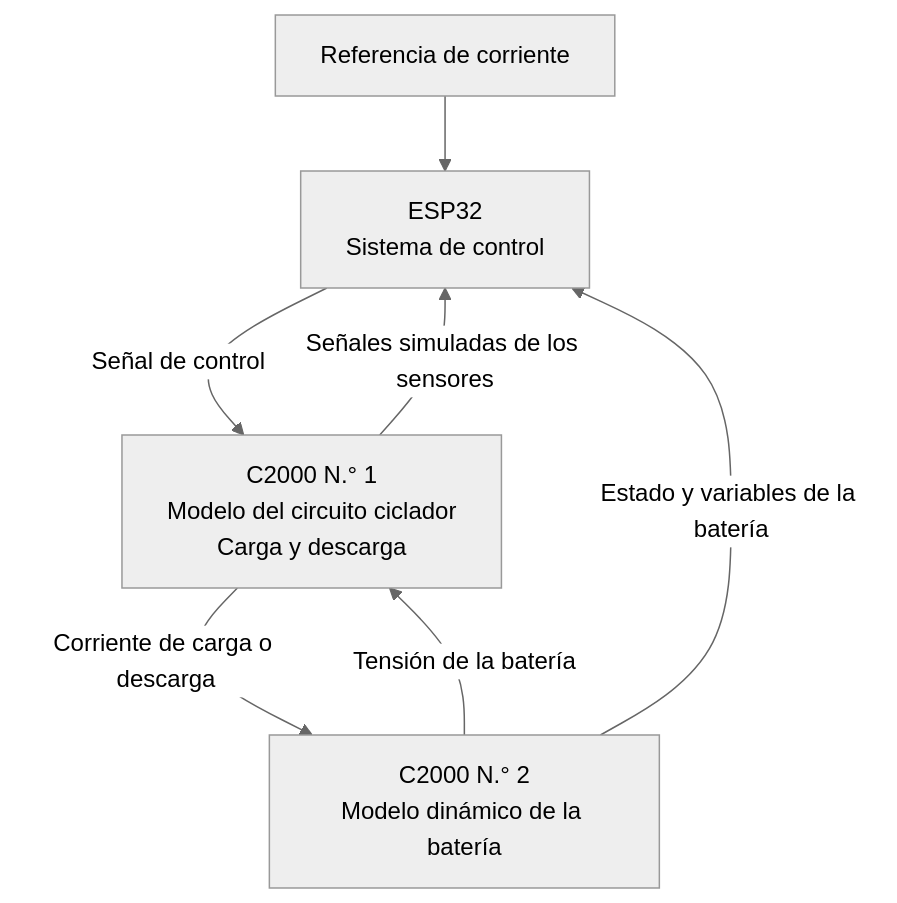
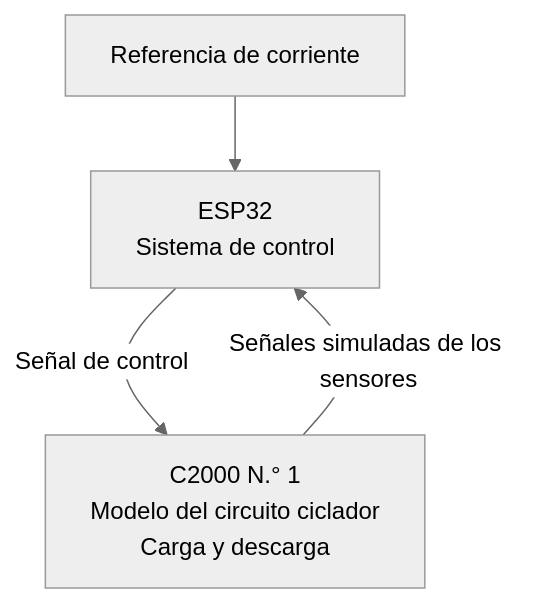
One commit to roi-ri/proyecto_electrico changed the diagram in propuesta/ciclador/Simulaciones/README.md. Above: the diagram before and after it, drawn with Mermaid (neutral theme). The commit also changed other lines of this file, not shown here.

````diff
--- a/propuesta/ciclador/Simulaciones/README.md
+++ b/propuesta/ciclador/Simulaciones/README.md
@@ -79,14 +74,11 @@
 ```mermaid
 flowchart TD
     REF["Referencia de corriente"] --> ESP32
 
     ESP32["ESP32<br/>Sistema de control"]
     CICLO["C2000 N.° 1<br/>Modelo del circuito ciclador<br/>Carga y descarga"]
-    BAT["C2000 N.° 2<br/>Modelo dinámico de la batería"]
 
     ESP32 -->|"Señal de control"| CICLO
-    CICLO -->|"Corriente de carga o descarga"| BAT
-    BAT -->|"Tensión de la batería"| CICLO
     CICLO -->|"Señales simuladas de los sensores"| ESP32
-    BAT -->|"Estado y variables de la batería"| ESP32
+
 ```
````
